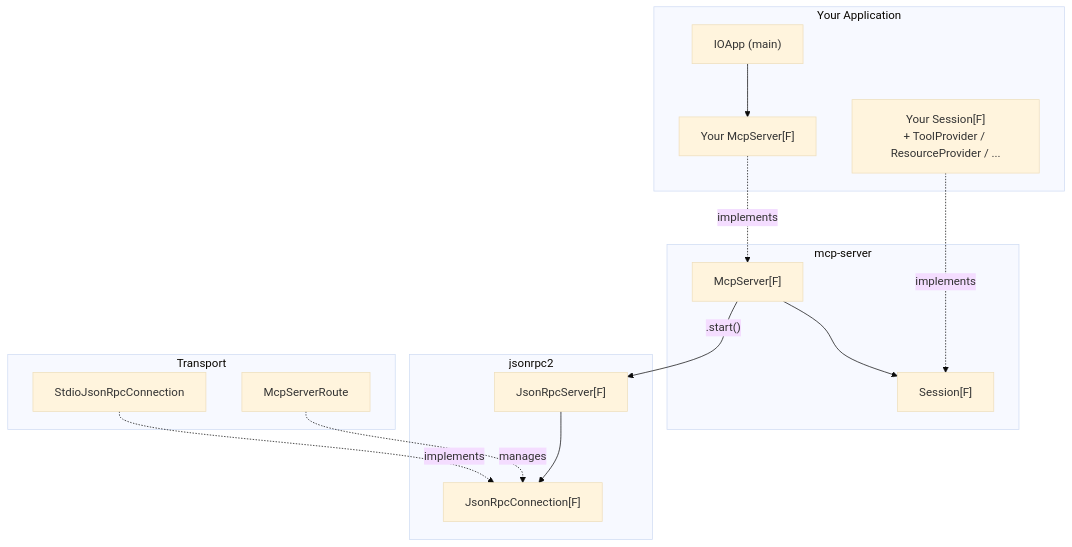
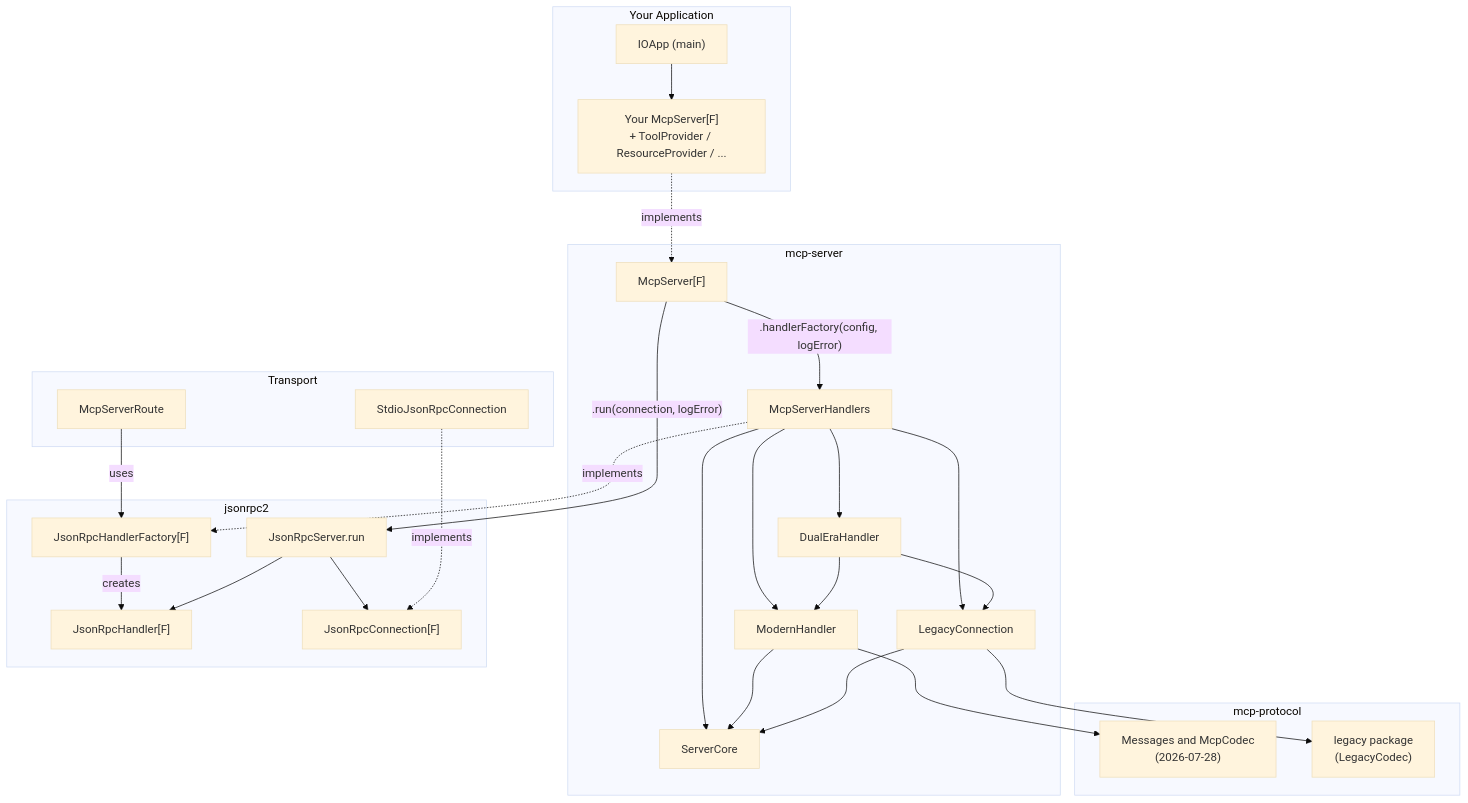
One commit to linkyard/scala-effect-mcp changed the first of 3 diagrams in ARCHITECTURE.md. Above: the diagram before and after it, drawn with Mermaid (base theme). The commit also changed other lines of this file and 201 other files, not shown here.

````diff
--- a/ARCHITECTURE.md
+++ b/ARCHITECTURE.md
@@ -7,32 +7,54 @@
 ```mermaid
 graph TB
     subgraph "Your Application"
         App["IOApp (main)"]
-        YourServer["Your McpServer[F]"]
-        YourSession["Your Session[F]\n+ ToolProvider / ResourceProvider / ..."]
+        YourServer["Your McpServer[F]\n+ ToolProvider / ResourceProvider / ..."]
     end
 
     subgraph "mcp-server"
         McpServer["McpServer[F]"]
-        Session["Session[F]"]
+        Handlers["McpServerHandlers"]
+        Core["ServerCore"]
+        Modern["ModernHandler"]
+        Legacy["LegacyConnection"]
+        DualEra["DualEraHandler"]
+    end
+
+    subgraph "mcp-protocol"
+        Protocol["Messages and McpCodec\n(2026-07-28)"]
+        LegacyPkg["legacy package\n(LegacyCodec)"]
     end
 
     subgraph "jsonrpc2"
-        JsonRpcServer["JsonRpcServer[F]"]
+        Factory["JsonRpcHandlerFactory[F]"]
+        Handler["JsonRpcHandler[F]"]
+        JsonRpcServer["JsonRpcServer.run"]
         JsonRpcConn["JsonRpcConnection[F]"]
     end
 
     subgraph "Transport"
         Stdio["StdioJsonRpcConnection"]
         Http["McpServerRoute"]
     end
 
     App --> YourServer
     YourServer -.->|implements| McpServer
-    YourSession -.->|implements| Session
-    McpServer --> Session
-    McpServer -->|".start()"| JsonRpcServer
+    McpServer -->|".handlerFactory(config, logError)"| Handlers
+    McpServer -->|".run(connection, logError)"| JsonRpcServer
+    Handlers -.->|implements| Factory
+    Handlers --> Core
+    Handlers --> Modern
+    Handlers --> Legacy
+    Handlers --> DualEra
+    Modern --> Core
+    Legacy --> Core
+    DualEra --> Modern
+    DualEra --> Legacy
+    Modern --> Protocol
+    Legacy --> LegacyPkg
+    Factory -->|creates| Handler
+    JsonRpcServer --> Handler
     JsonRpcServer --> JsonRpcConn
     Stdio -.->|implements| JsonRpcConn
-    Http -.->|manages| JsonRpcConn
+    Http -->|uses| Factory
 ```
````
